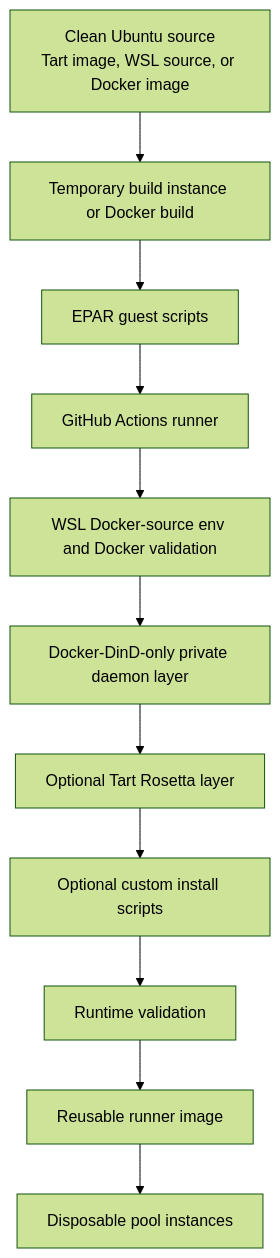
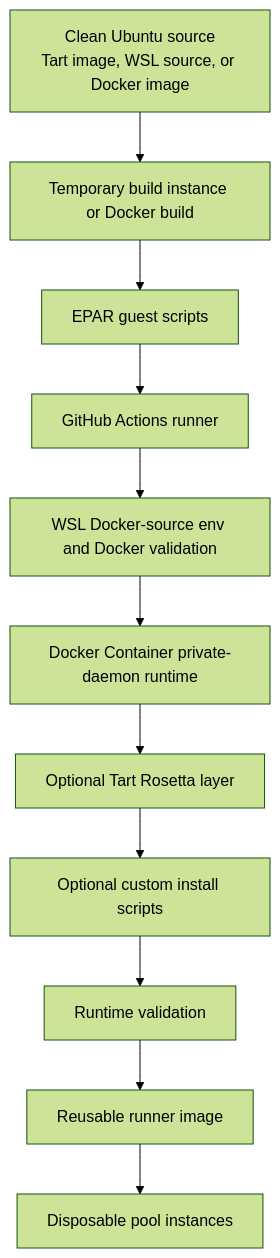
The first of 2 diagrams in docs/image-build.md (solutionforest/ephemeral-action-runner), drawn with Mermaid (forest theme) before and after one commit. The commit also changed other lines of this file and 56 other files, not shown here.

Commit message:
Rename Docker-DinD provider to Docker Container

````diff
--- a/docs/image-build.md
+++ b/docs/image-build.md
@@ -34,13 +34,13 @@
 ```mermaid
 flowchart TD
   Source["Clean Ubuntu source<br/>Tart image, WSL source, or Docker image"] --> Build["Temporary build instance or Docker build"]
   Build --> Scripts["EPAR guest scripts"]
   Scripts --> Runner["GitHub Actions runner"]
   Runner --> WSLFull["WSL Docker-source env and Docker validation"]
-  WSLFull --> DockerDind["Docker-DinD-only private daemon layer"]
-  DockerDind --> Rosetta["Optional Tart Rosetta layer"]
+  WSLFull --> DockerContainer["Docker Container private-daemon runtime"]
+  DockerContainer --> Rosetta["Optional Tart Rosetta layer"]
   Rosetta --> Custom["Optional custom install scripts"]
   Custom --> Validate["Runtime validation"]
   Validate --> Output["Reusable runner image"]
   Output --> Pool["Disposable pool instances"]
 ```
````
